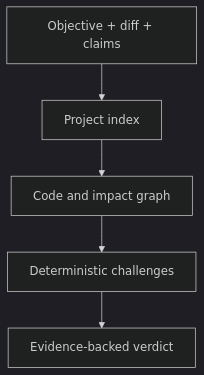
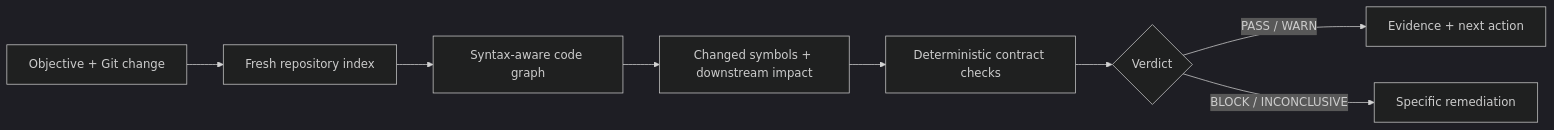
The diagram in README.md (carvalhobfr/conclave), drawn with Mermaid (dark theme) before and after one commit. The commit also changed other lines of this file, not shown here.

Commit message:
docs: polish public project README

````diff
--- a/README.md
+++ b/README.md
@@ -168,7 +104,10 @@
 ```mermaid
-flowchart TD
-  Change["Objective + diff + claims"] --> Index["Project index"]
-  Index --> Graph["Code and impact graph"]
-  Graph --> Checks["Deterministic challenges"]
-  Checks --> Verdict["Evidence-backed verdict"]
+flowchart LR
+  A["Objective + Git change"] --> B["Fresh repository index"]
+  B --> C["Syntax-aware code graph"]
+  C --> D["Changed symbols + downstream impact"]
+  D --> E["Deterministic contract checks"]
+  E --> F{"Verdict"}
+  F -->|"PASS / WARN"| G["Evidence + next action"]
+  F -->|"BLOCK / INCONCLUSIVE"| H["Specific remediation"]
 ```
````
